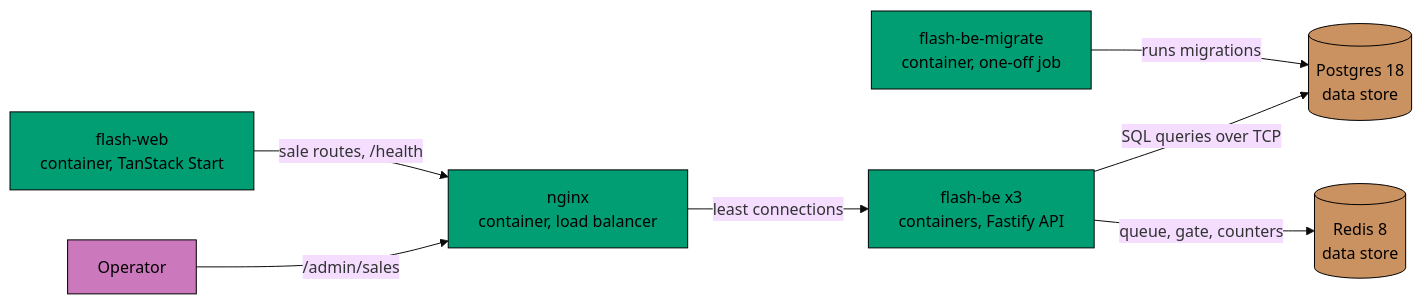
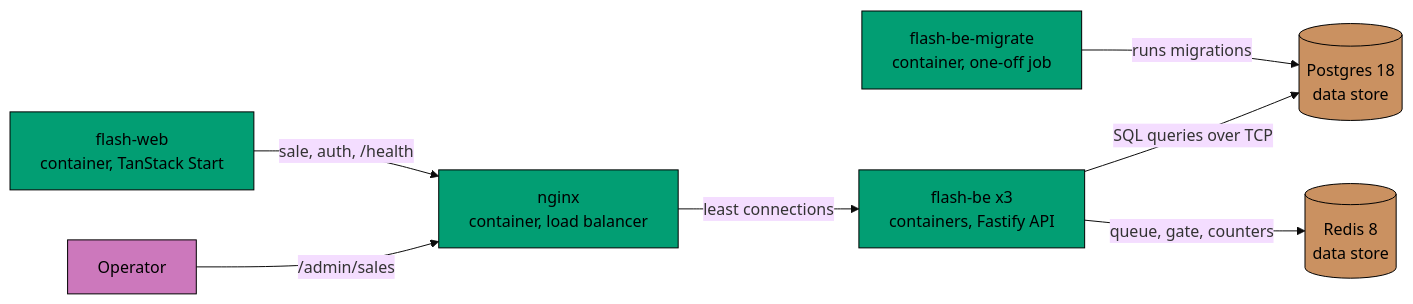
The diagram in specs/apps/flash/c4/containers.md (wahidyankf/coding-itv-js-flashsale), drawn with Mermaid (base theme) before and after one commit. The commit also changed 30 other files, not shown here.

````diff
--- a/specs/apps/flash/c4/containers.md
+++ b/specs/apps/flash/c4/containers.md
@@ -7,25 +7,25 @@
 ```mermaid
 flowchart LR
   accTitle: Flash sale containers
   accDescr: A shopper's browser talks only to the web app. The web app renders the sale page and passes the sale requests on to nginx. Nginx spreads the requests over three identical API instances. The instances read and write one Postgres and use one Redis for the queue, the reservation gate and the rate counters. A migration job runs once before the instances start and prepares the Postgres schema. An operator reaches nginx directly to create a sale.
   operator["Operator"]
   web["flash-web<br/>container, TanStack Start"]
   lb["nginx<br/>container, load balancer"]
   be["flash-be x3<br/>containers, Fastify API"]
   migrate["flash-be-migrate<br/>container, one-off job"]
   pg[("Postgres 18<br/>data store")]
   redis[("Redis 8<br/>data store")]
   operator -->|/admin/sales| lb
-  web -->|sale routes, /health| lb
+  web -->|sale, auth, /health| lb
   lb -->|least connections| be
   be -->|SQL queries over TCP| pg
   be -->|queue, gate, counters| redis
   migrate -->|runs migrations| pg
   classDef person fill:#CC78BC,stroke:#000000,color:#000000
   classDef container fill:#029E73,stroke:#000000,color:#000000
   classDef store fill:#CA9161,stroke:#000000,color:#000000
   classDef default fill:#808080,stroke:#000000,color:#000000
   class operator person
   class web,lb,be,migrate container
   class pg,redis store
 ```
````
